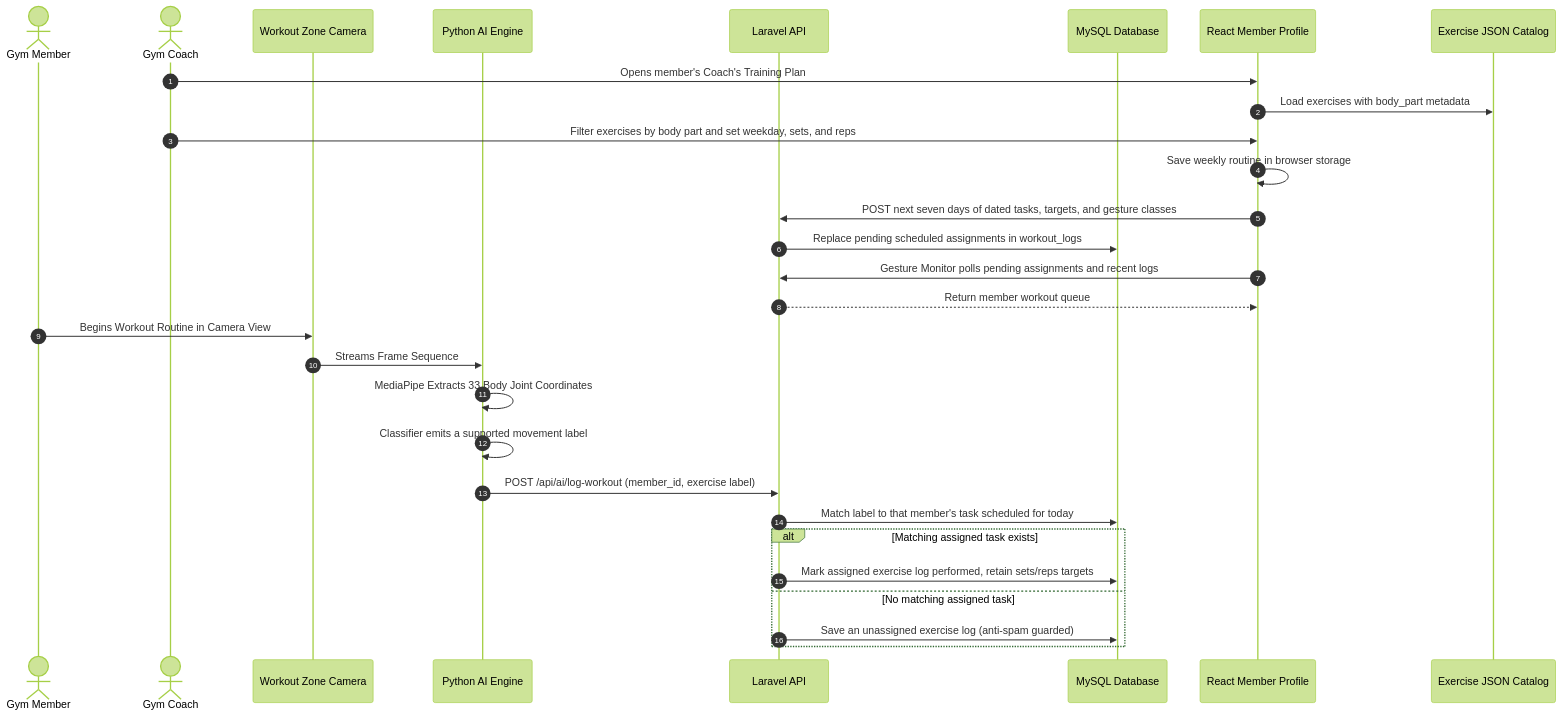
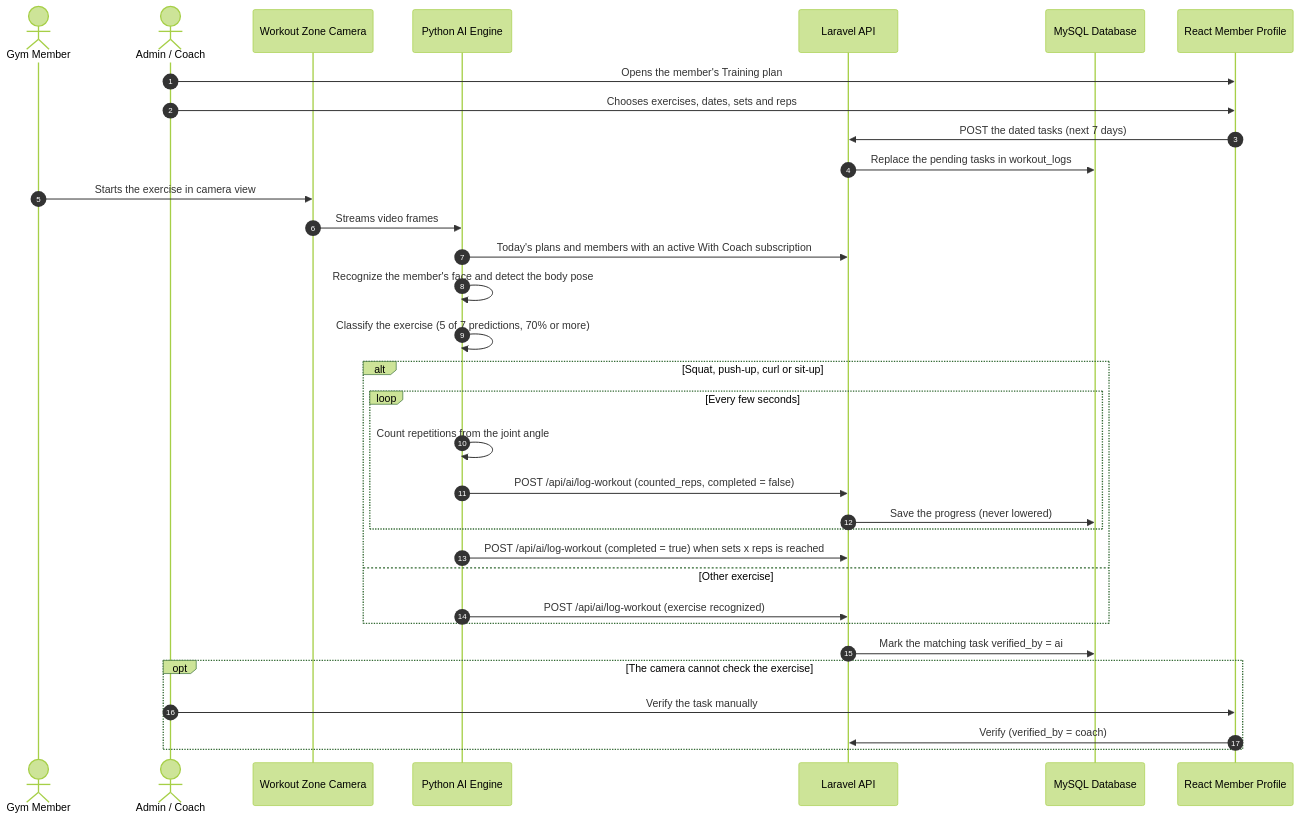
One commit to Plonteras191/GYM2-CAPSTONE changed the fifth of 6 diagrams in DOCUMENTATION/Product Requirements Documents/Architecture/Architecture.md. Above: the diagram before and after it, drawn with Mermaid (forest theme). The commit also changed other lines of this file and 3 other files, not shown here.

First line of the commit message:
docs(prd): update architecture, database, system diagrams and user technical documentation to v2.0

````diff
--- a/DOCUMENTATION/Product Requirements Documents/Architecture/Architecture.md
+++ b/DOCUMENTATION/Product Requirements Documents/Architecture/Architecture.md
@@ -406,33 +415,39 @@
 ```mermaid
 sequenceDiagram
     autonumber
     actor Member as Gym Member
-    actor Coach as Gym Coach
+    actor Admin as Admin / Coach
     participant Cam as Workout Zone Camera
     participant Py as Python AI Engine
     participant LV as Laravel API
     participant DB as MySQL Database
     participant UI as React Member Profile
-    participant Catalog as Exercise JSON Catalog
 
-    Coach->>UI: Opens member's Coach's Training Plan
-    UI->>Catalog: Load exercises with body_part metadata
-    Coach->>UI: Filter exercises by body part and set weekday, sets, and reps
-    UI->>UI: Save weekly routine in browser storage
-    UI->>LV: POST next seven days of dated tasks, targets, and gesture classes
-    LV->>DB: Replace pending scheduled assignments in workout_logs
-    UI->>LV: Gesture Monitor polls pending assignments and recent logs
-    LV-->>UI: Return member workout queue
-    
-    Member->>Cam: Begins Workout Routine in Camera View
-    Cam->>Py: Streams Frame Sequence
-    Py->>Py: MediaPipe Extracts 33 Body Joint Coordinates
-    Py->>Py: Classifier emits a supported movement label
-    Py->>LV: POST /api/ai/log-workout (member_id, exercise label)
-    LV->>DB: Match label to that member's task scheduled for today
-    alt Matching assigned task exists
-        LV->>DB: Mark assigned exercise log performed, retain sets/reps targets
-    else No matching assigned task
-        LV->>DB: Save an unassigned exercise log (anti-spam guarded)
+    Admin->>UI: Opens the member's Training plan
+    Admin->>UI: Chooses exercises, dates, sets and reps
+    UI->>LV: POST the dated tasks (next 7 days)
+    LV->>DB: Replace the pending tasks in workout_logs
+
+    Member->>Cam: Starts the exercise in camera view
+    Cam->>Py: Streams video frames
+    Py->>LV: Today's plans and members with an active With Coach subscription
+    Py->>Py: Recognize the member's face and detect the body pose
+    Py->>Py: Classify the exercise (5 of 7 predictions, 70% or more)
+
+    alt Squat, push-up, curl or sit-up
+        loop Every few seconds
+            Py->>Py: Count repetitions from the joint angle
+            Py->>LV: POST /api/ai/log-workout (counted_reps, completed = false)
+            LV->>DB: Save the progress (never lowered)
+        end
+        Py->>LV: POST /api/ai/log-workout (completed = true) when sets x reps is reached
+    else Other exercise
+        Py->>LV: POST /api/ai/log-workout (exercise recognized)
+    end
+    LV->>DB: Mark the matching task verified_by = ai
+
+    opt The camera cannot check the exercise
+        Admin->>UI: Verify the task manually
+        UI->>LV: Verify (verified_by = coach)
     end
 ```
````
